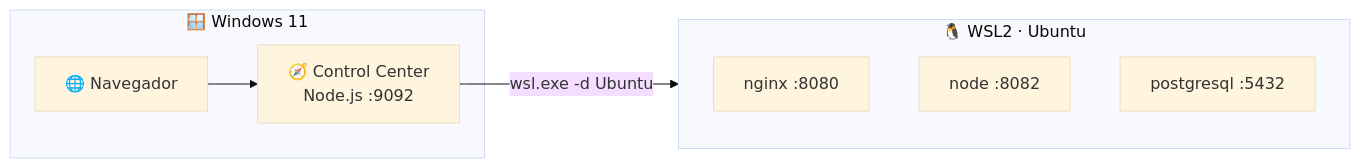
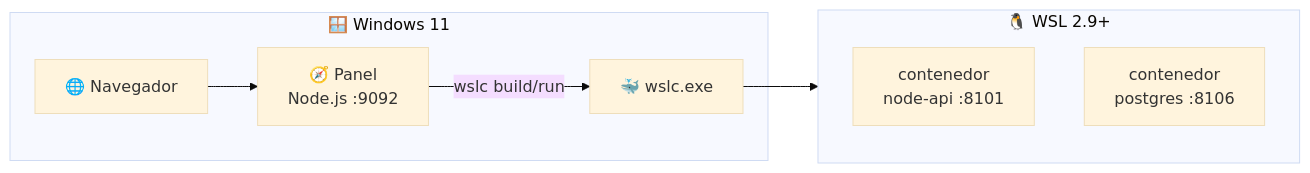
One commit to vladimiracunadev-create/wsl-labs changed the diagram in ENVIRONMENT_SETUP.md. Above: the diagram before and after it, drawn with Mermaid (base theme). The commit also changed other lines of this file and 90 other files, not shown here.

````diff
--- a/ENVIRONMENT_SETUP.md
+++ b/ENVIRONMENT_SETUP.md
@@ -18,14 +18,15 @@
 ```mermaid
 flowchart LR
     subgraph WIN["🪟 Windows 11"]
         B["🌐 Navegador"]
-        D["🧭 Control Center<br/>Node.js :9092"]
+        D["🧭 Panel<br/>Node.js :9092"]
+        W["🐳 wslc.exe"]
     end
-    subgraph WSL["🐧 WSL2 · Ubuntu"]
-        N["nginx :8080"]
-        NO["node :8082"]
-        PG["postgresql :5432"]
+    subgraph WSL["🐧 WSL 2.9+"]
+        C1["contenedor<br/>node-api :8101"]
+        C2["contenedor<br/>postgres :8106"]
     end
     B --> D
-    D -->|wsl.exe -d Ubuntu| WSL
+    D -->|wslc build/run| W
+    W --> WSL
 ```
````
